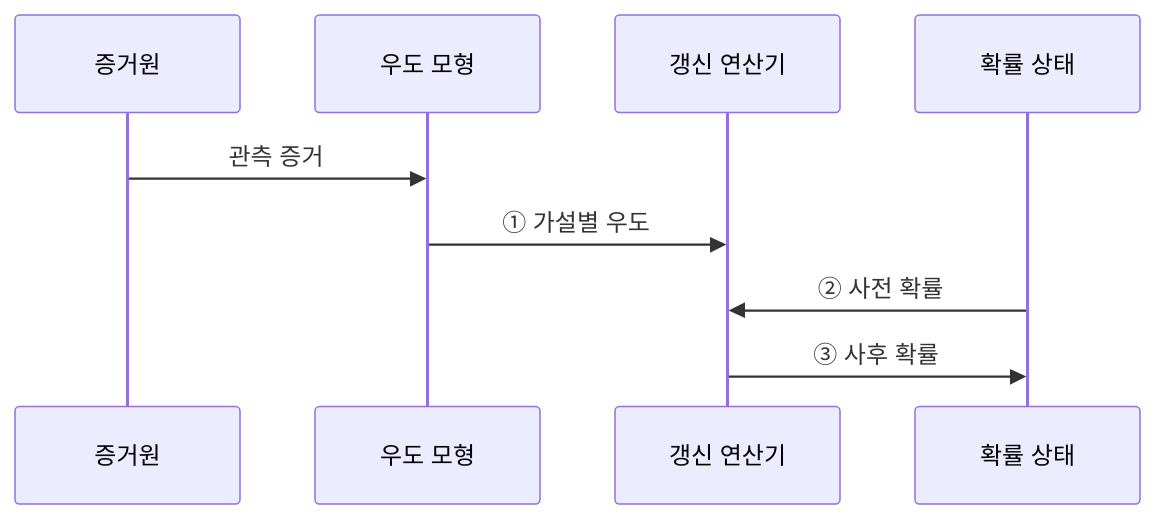
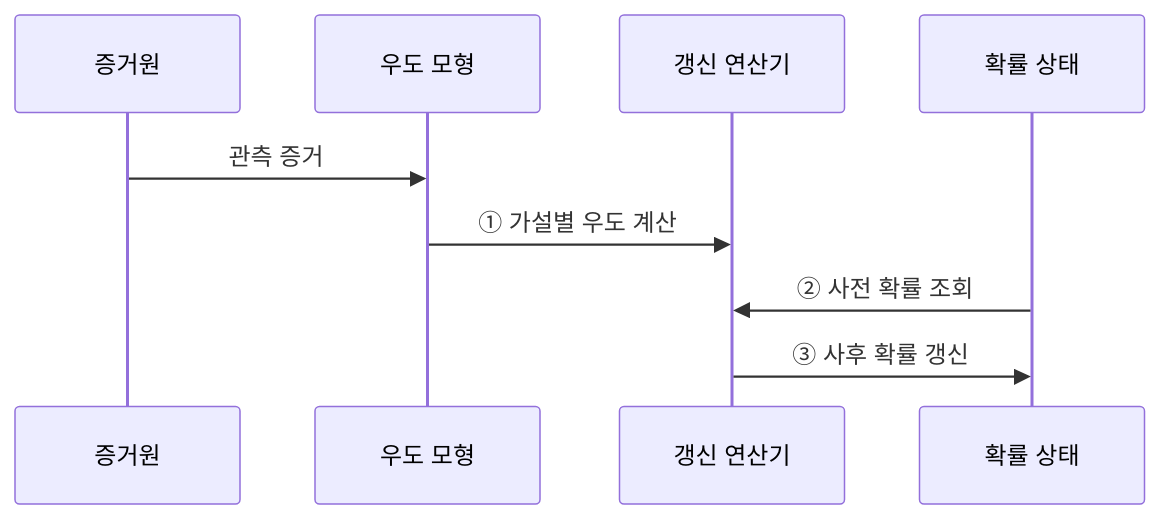
One commit to agnusdei1207/knowledge-base changed the third of 3 diagrams in src/content/docs/notes/01-basic-theory/031_bayes_theorem.md. Above: the diagram before and after it, drawn with Mermaid. The commit also changed other lines of this file and 20 other files, not shown here.

````diff
--- a/src/content/docs/notes/01-basic-theory/031_bayes_theorem.md
+++ b/src/content/docs/notes/01-basic-theory/031_bayes_theorem.md
@@ -91,11 +93,11 @@
 ```mermaid
 sequenceDiagram
     participant E as 증거원
     participant L as 우도 모형
     participant U as 갱신 연산기
     participant P as 확률 상태
     E->>L: 관측 증거
-    L->>U: ① 가설별 우도
-    P->>U: ② 사전 확률
-    U->>P: ③ 사후 확률
+    L->>U: ① 가설별 우도 계산
+    P->>U: ② 사전 확률 조회
+    U->>P: ③ 사후 확률 갱신
 ```
````
